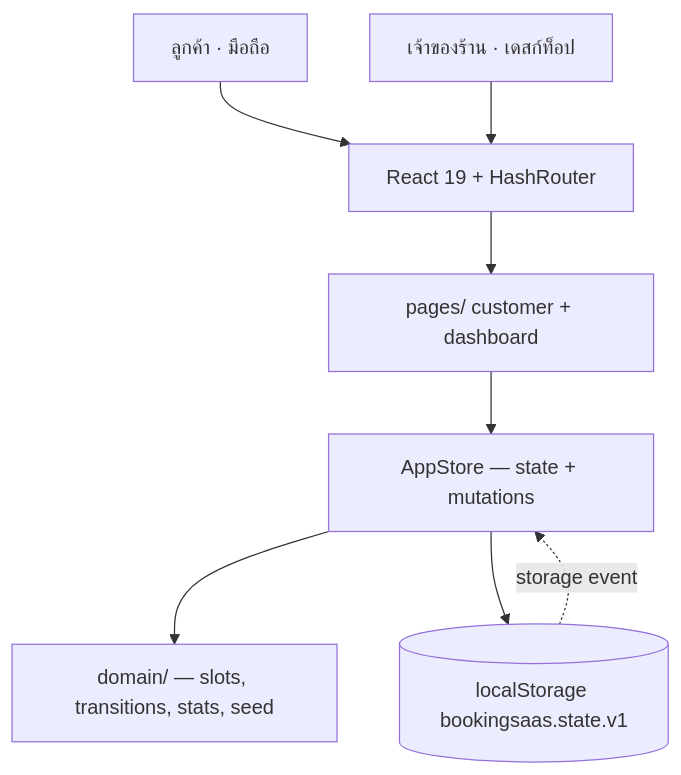
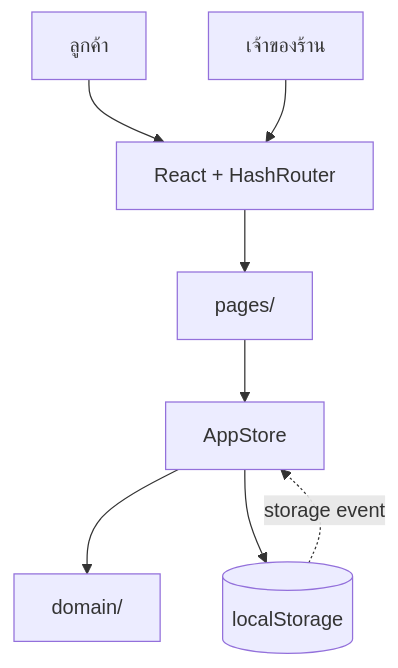
The diagram in README.md (hirun-2542/barber-booking), drawn with Mermaid before and after one commit. The commit also changed 3 other files, not shown here.

Commit message:
Shorten the mermaid labels so the diagram fits the README column

````diff
--- a/README.md
+++ b/README.md
@@ -150,18 +150,18 @@
 ```mermaid
 flowchart TB
-  C[ลูกค้า · มือถือ]
-  O[เจ้าของร้าน · เดสก์ท็อป]
-  R["React 19 + HashRouter"]
-  P["pages/ customer + dashboard"]
-  S["AppStore — state + mutations"]
-  D["domain/ — slots, transitions, stats, seed"]
-  L[("localStorage bookingsaas.state.v1")]
+  C[ลูกค้า]
+  O[เจ้าของร้าน]
+  R["React + HashRouter"]
+  P["pages/"]
+  S["AppStore"]
+  D["domain/"]
+  L[("localStorage")]
 
   C --> R
   O --> R
   R --> P
   P --> S
   S --> D
   S --> L
   L -. storage event .-> S
 ```
````
